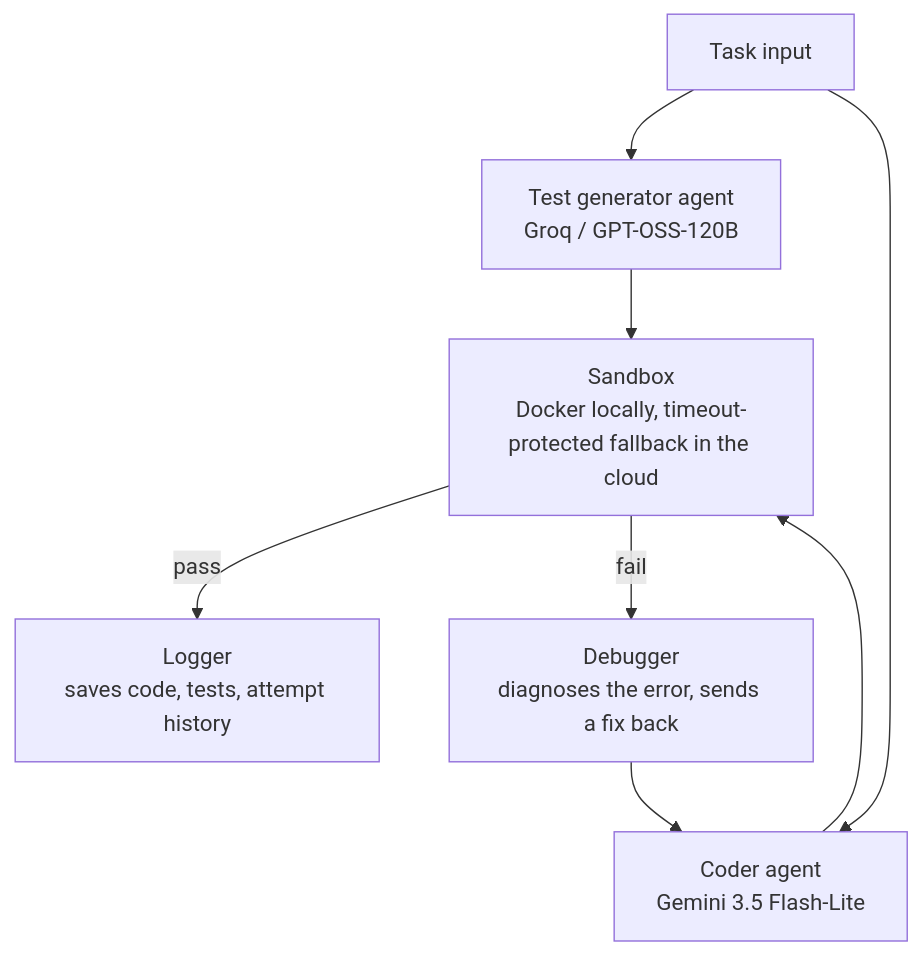
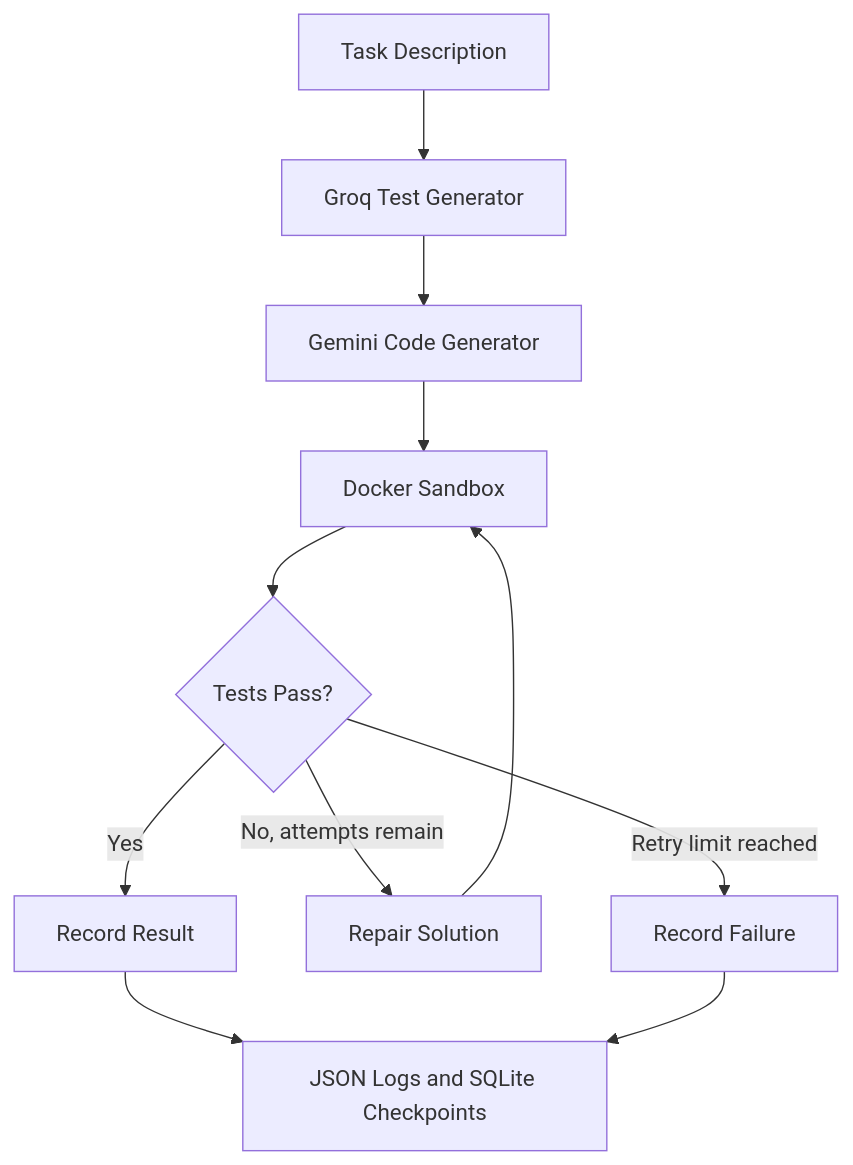
The diagram in README.md (vishal0205/multi-agent-coding-assistant), drawn with Mermaid before and after one commit. The commit also changed other lines of this file, not shown here.

````diff
--- a/README.md
+++ b/README.md
@@ -17,10 +22,13 @@
 ```mermaid
 flowchart TD
-    A[Task input] --> B[Test generator agent<br/>Groq / GPT-OSS-120B]
-    A --> C[Coder agent<br/>Gemini 3.5 Flash-Lite]
-    B --> D[Sandbox<br/>Docker locally, timeout-protected fallback in the cloud]
-    C --> D
-    D -->|pass| E[Logger<br/>saves code, tests, attempt history]
-    D -->|fail| F[Debugger<br/>diagnoses the error, sends a fix back]
-    F --> C
+    A[Task Description] --> B[Groq Test Generator]
+    B --> C[Gemini Code Generator]
+    C --> D[Docker Sandbox]
+    D --> E{Tests Pass?}
+    E -->|Yes| F[Record Result]
+    E -->|No, attempts remain| G[Repair Solution]
+    G --> D
+    E -->|Retry limit reached| H[Record Failure]
+    F --> I[JSON Logs and SQLite Checkpoints]
+    H --> I
 ```
````
